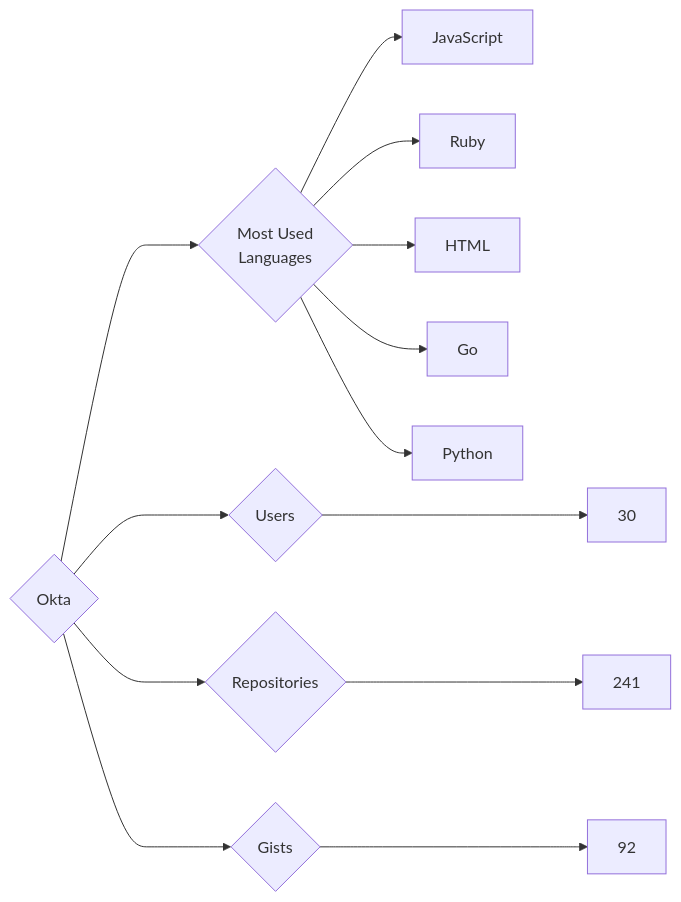
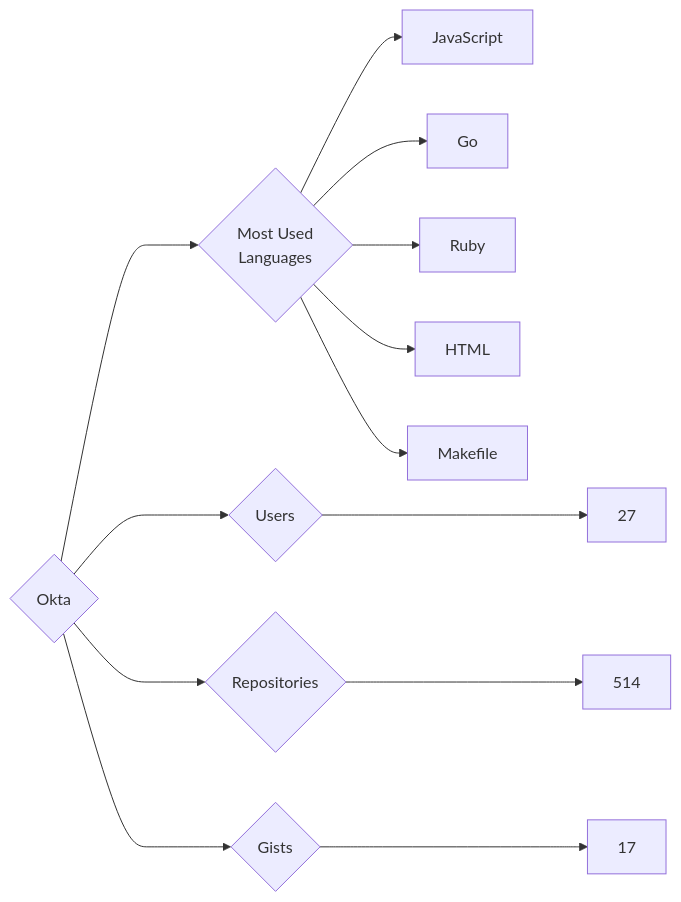
One commit to trickest/insiders changed the diagram in targets/Okta/README.md. Above: the diagram before and after it, drawn with Mermaid. The commit also changed 970 other files, not shown here.

````diff
--- a/targets/Okta/README.md
+++ b/targets/Okta/README.md
@@ -3,13 +3,13 @@
 ```mermaid
 graph LR
 COMPANY_NAME{Okta}
-COMPANY_NAME ---> U{Users} ---> UN[30]
-COMPANY_NAME ---> R{Repositories} ---> RN[241]
-COMPANY_NAME ---> G{Gists} ---> GN[92]
+COMPANY_NAME ---> U{Users} ---> UN[27]
+COMPANY_NAME ---> R{Repositories} ---> RN[514]
+COMPANY_NAME ---> G{Gists} ---> GN[17]
 COMPANY_NAME ---> ML{Most Used<br>Languages}
 ML --> JavaScript[JavaScript]
+ML --> Go[Go]
 ML --> Ruby[Ruby]
 ML --> HTML[HTML]
-ML --> Go[Go]
-ML --> Python[Python]
+ML --> Makefile[Makefile]
 ```
````
